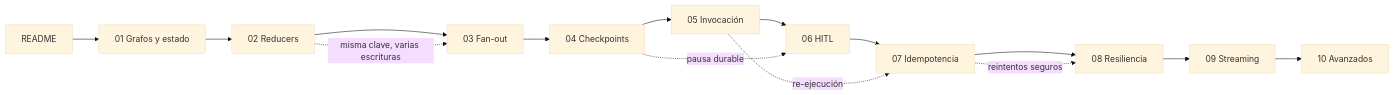
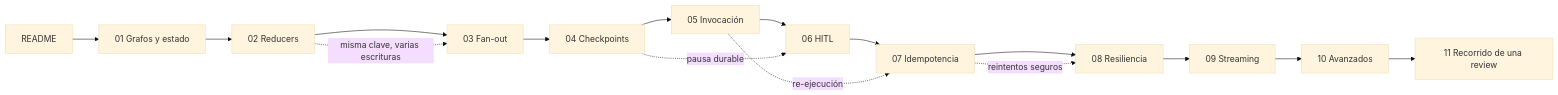
The first of 4 diagrams in docs/edu/README.md (pcgarat/agent-review-langgraph), drawn with Mermaid (base theme) before and after one commit. The commit also changed other lines of this file and 16 other files, not shown here.

````diff
--- a/docs/edu/README.md
+++ b/docs/edu/README.md
@@ -32,17 +32,18 @@
 ```mermaid
 flowchart LR
     R[README] --> M1[01 Grafos y estado]
     M1 --> M2[02 Reducers]
     M2 --> M3[03 Fan-out]
     M3 --> M4[04 Checkpoints]
     M4 --> M5[05 Invocación]
     M5 --> M6[06 HITL]
     M6 --> M7[07 Idempotencia]
     M7 --> M8[08 Resiliencia]
     M8 --> M9[09 Streaming]
     M9 --> M10[10 Avanzados]
+    M10 --> M11[11 Recorrido de una review]
     M2 -. "misma clave, varias escrituras" .-> M3
     M4 -. "pausa durable" .-> M6
     M5 -. "re-ejecución" .-> M7
     M7 -. "reintentos seguros" .-> M8
 ```
````
